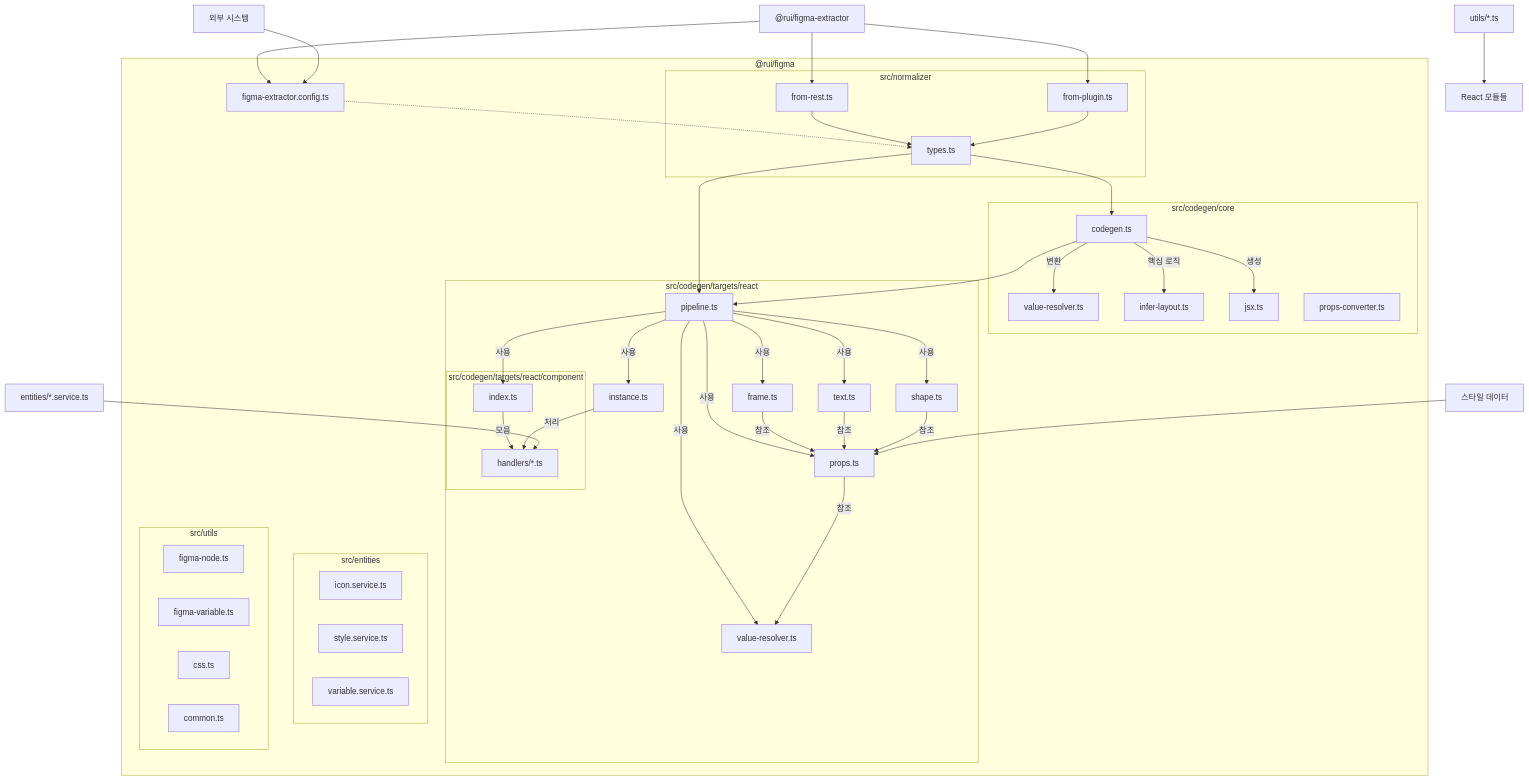
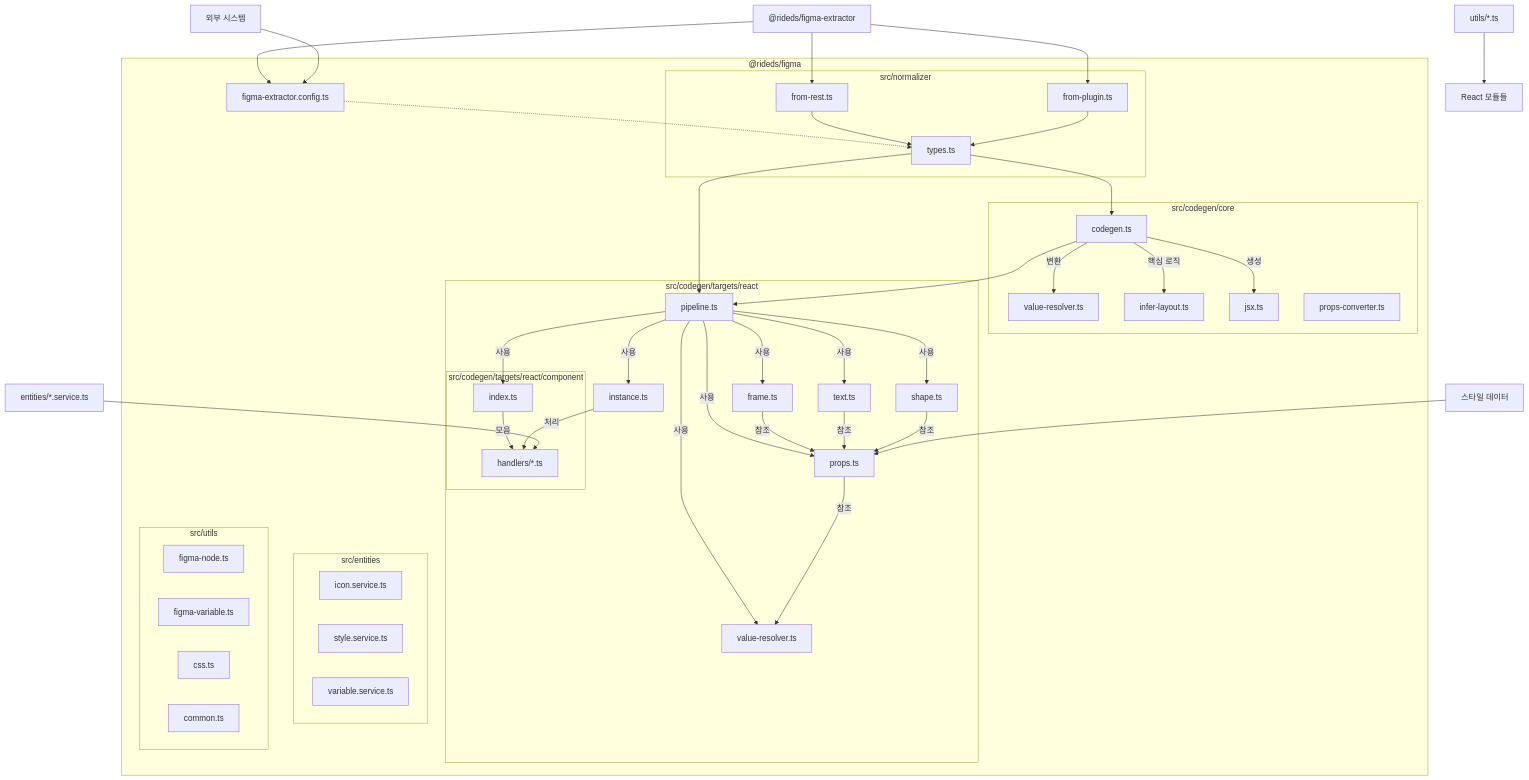
The first of 3 diagrams in packages/figma/CONTEXT.md (ki-hyeonkwon/rui-design), drawn with Mermaid before and after one commit. The commit also changed other lines of this file and 1140 other files, not shown here.

````diff
--- a/packages/figma/CONTEXT.md
+++ b/packages/figma/CONTEXT.md
@@ -28,6 +28,6 @@
 ```mermaid
 flowchart TB
-    subgraph "@rui/figma"
+    subgraph "@rideds/figma"
         config["figma-extractor.config.ts"]
 
         subgraph "src/normalizer"
@@ -73,7 +73,7 @@
         end
     end
 
-    figmaExtractor["@rui/figma-extractor"] --> config
+    figmaExtractor["@rideds/figma-extractor"] --> config
     figmaExtractor --> fromRest
     figmaExtractor --> fromPlugin
 
````
